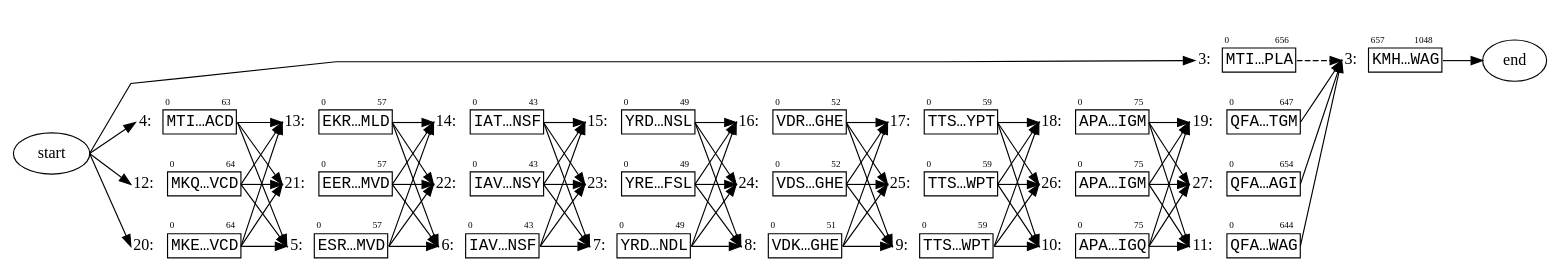
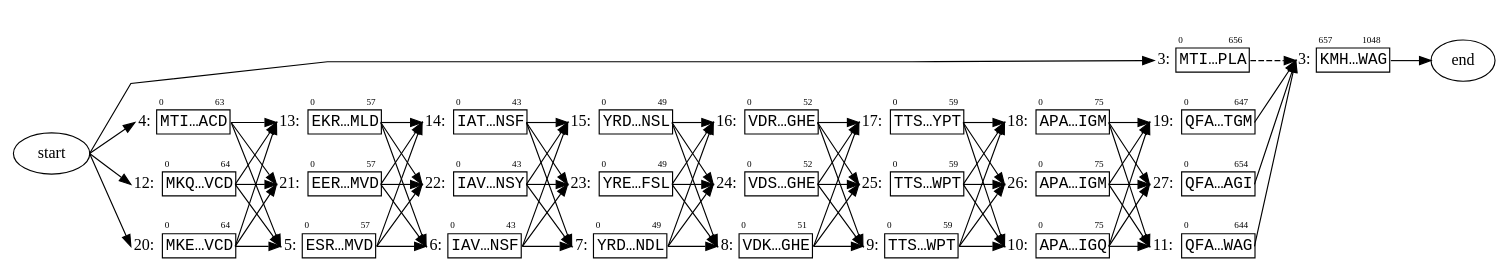
One commit to ginkgobioworks/gen changed the diagram in docs/figures/protein_figure_1.dot. Above: the diagram before and after it, drawn with Graphviz. The commit also changed 11 other files, not shown here.

```diff
--- a/docs/figures/protein_figure_1.dot
+++ b/docs/figures/protein_figure_1.dot
@@ -8,111 +8,111 @@
 			rank=same,
 			style=invis
 		];
-		3.0	[label=<<TABLE BORDER='0' CELLBORDER='1' CELLSPACING='0'><TR><TD BORDER='0'></TD><TD BORDER='0' ALIGN='LEFT'><FONT POINT-SIZE='8'>0</FONT></TD><TD BORDER='0' ALIGN='RIGHT'><FONT POINT-SIZE='8'>656</FONT></TD></TR><TR><TD BORDER='0' PORT='caption'>3:&nbsp;</TD><TD PORT='seq' COLSPAN='2'><FONT FACE='Courier New'>MTI…PLA</FONT></TD></TR></TABLE>>,
+		3.0	[label=<<TABLE BORDER='0' CELLBORDER='1' CELLSPACING='0'><TR><TD BORDER='0'></TD><TD BORDER='0' ALIGN='LEFT'><FONT POINT-SIZE='8'>0</FONT></TD><TD BORDER='0' ALIGN='RIGHT'><FONT POINT-SIZE='8'>656</FONT></TD></TR><TR><TD BORDER='0' PORT='caption' ALIGN='right'>3:</TD><TD PORT='seq' COLSPAN='2'><FONT FACE='Courier New'>MTI…PLA</FONT></TD></TR></TABLE>>,
 			margin=0,
 			shape=none];
-		3.657	[label=<<TABLE BORDER='0' CELLBORDER='1' CELLSPACING='0'><TR><TD BORDER='0'></TD><TD BORDER='0' ALIGN='LEFT'><FONT POINT-SIZE='8'>657</FONT></TD><TD BORDER='0' ALIGN='RIGHT'><FONT POINT-SIZE='8'>1048</FONT></TD></TR><TR><TD BORDER='0' PORT='caption'>3:&nbsp;</TD><TD PORT='seq' COLSPAN='2'><FONT FACE='Courier New'>KMH…WAG</FONT></TD></TR></TABLE>>,
+		3.657	[label=<<TABLE BORDER='0' CELLBORDER='1' CELLSPACING='0'><TR><TD BORDER='0'></TD><TD BORDER='0' ALIGN='LEFT'><FONT POINT-SIZE='8'>657</FONT></TD><TD BORDER='0' ALIGN='RIGHT'><FONT POINT-SIZE='8'>1048</FONT></TD></TR><TR><TD BORDER='0' PORT='caption' ALIGN='right'>3:</TD><TD PORT='seq' COLSPAN='2'><FONT FACE='Courier New'>KMH…WAG</FONT></TD></TR></TABLE>>,
 			margin=0,
 			shape=none];
 	}
 	source	[label=start];
 	source:e -> 3.0:caption:w;
-	4.0	[label=<<TABLE BORDER='0' CELLBORDER='1' CELLSPACING='0'><TR><TD BORDER='0'></TD><TD BORDER='0' ALIGN='LEFT'><FONT POINT-SIZE='8'>0</FONT></TD><TD BORDER='0' ALIGN='RIGHT'><FONT POINT-SIZE='8'>63</FONT></TD></TR><TR><TD BORDER='0' PORT='caption'>4:&nbsp;</TD><TD PORT='seq' COLSPAN='2'><FONT FACE='Courier New'>MTI…ACD</FONT></TD></TR></TABLE>>,
+	4.0	[label=<<TABLE BORDER='0' CELLBORDER='1' CELLSPACING='0'><TR><TD BORDER='0'></TD><TD BORDER='0' ALIGN='LEFT'><FONT POINT-SIZE='8'>0</FONT></TD><TD BORDER='0' ALIGN='RIGHT'><FONT POINT-SIZE='8'>63</FONT></TD></TR><TR><TD BORDER='0' PORT='caption' ALIGN='right'>4:</TD><TD PORT='seq' COLSPAN='2'><FONT FACE='Courier New'>MTI…ACD</FONT></TD></TR></TABLE>>,
 		margin=0,
 		shape=none];
 	source:e -> 4.0:caption:w;
-	12.0	[label=<<TABLE BORDER='0' CELLBORDER='1' CELLSPACING='0'><TR><TD BORDER='0'></TD><TD BORDER='0' ALIGN='LEFT'><FONT POINT-SIZE='8'>0</FONT></TD><TD BORDER='0' ALIGN='RIGHT'><FONT POINT-SIZE='8'>64</FONT></TD></TR><TR><TD BORDER='0' PORT='caption'>12:&nbsp;</TD><TD PORT='seq' COLSPAN='2'><FONT FACE='Courier New'>MKQ…VCD</FONT></TD></TR></TABLE>>,
+	12.0	[label=<<TABLE BORDER='0' CELLBORDER='1' CELLSPACING='0'><TR><TD BORDER='0'></TD><TD BORDER='0' ALIGN='LEFT'><FONT POINT-SIZE='8'>0</FONT></TD><TD BORDER='0' ALIGN='RIGHT'><FONT POINT-SIZE='8'>64</FONT></TD></TR><TR><TD BORDER='0' PORT='caption' ALIGN='right'>12:</TD><TD PORT='seq' COLSPAN='2'><FONT FACE='Courier New'>MKQ…VCD</FONT></TD></TR></TABLE>>,
 		margin=0,
 		shape=none];
 	source:e -> 12.0:caption:w;
-	20.0	[label=<<TABLE BORDER='0' CELLBORDER='1' CELLSPACING='0'><TR><TD BORDER='0'></TD><TD BORDER='0' ALIGN='LEFT'><FONT POINT-SIZE='8'>0</FONT></TD><TD BORDER='0' ALIGN='RIGHT'><FONT POINT-SIZE='8'>64</FONT></TD></TR><TR><TD BORDER='0' PORT='caption'>20:&nbsp;</TD><TD PORT='seq' COLSPAN='2'><FONT FACE='Courier New'>MKE…VCD</FONT></TD></TR></TABLE>>,
+	20.0	[label=<<TABLE BORDER='0' CELLBORDER='1' CELLSPACING='0'><TR><TD BORDER='0'></TD><TD BORDER='0' ALIGN='LEFT'><FONT POINT-SIZE='8'>0</FONT></TD><TD BORDER='0' ALIGN='RIGHT'><FONT POINT-SIZE='8'>64</FONT></TD></TR><TR><TD BORDER='0' PORT='caption' ALIGN='right'>20:</TD><TD PORT='seq' COLSPAN='2'><FONT FACE='Courier New'>MKE…VCD</FONT></TD></TR></TABLE>>,
 		margin=0,
 		shape=none];
 	source:e -> 20.0:caption:w;
 	3.0:seq:e -> 3.657:caption:w	[style=dashed];
 	sink	[label=end];
 	3.657:seq:e -> sink:w;
-	5.0	[label=<<TABLE BORDER='0' CELLBORDER='1' CELLSPACING='0'><TR><TD BORDER='0'></TD><TD BORDER='0' ALIGN='LEFT'><FONT POINT-SIZE='8'>0</FONT></TD><TD BORDER='0' ALIGN='RIGHT'><FONT POINT-SIZE='8'>57</FONT></TD></TR><TR><TD BORDER='0' PORT='caption'>5:&nbsp;</TD><TD PORT='seq' COLSPAN='2'><FONT FACE='Courier New'>ESR…MVD</FONT></TD></TR></TABLE>>,
+	5.0	[label=<<TABLE BORDER='0' CELLBORDER='1' CELLSPACING='0'><TR><TD BORDER='0'></TD><TD BORDER='0' ALIGN='LEFT'><FONT POINT-SIZE='8'>0</FONT></TD><TD BORDER='0' ALIGN='RIGHT'><FONT POINT-SIZE='8'>57</FONT></TD></TR><TR><TD BORDER='0' PORT='caption' ALIGN='right'>5:</TD><TD PORT='seq' COLSPAN='2'><FONT FACE='Courier New'>ESR…MVD</FONT></TD></TR></TABLE>>,
 		margin=0,
 		shape=none];
 	4.0:seq:e -> 5.0:caption:w;
-	13.0	[label=<<TABLE BORDER='0' CELLBORDER='1' CELLSPACING='0'><TR><TD BORDER='0'></TD><TD BORDER='0' ALIGN='LEFT'><FONT POINT-SIZE='8'>0</FONT></TD><TD BORDER='0' ALIGN='RIGHT'><FONT POINT-SIZE='8'>57</FONT></TD></TR><TR><TD BORDER='0' PORT='caption'>13:&nbsp;</TD><TD PORT='seq' COLSPAN='2'><FONT FACE='Courier New'>EKR…MLD</FONT></TD></TR></TABLE>>,
+	13.0	[label=<<TABLE BORDER='0' CELLBORDER='1' CELLSPACING='0'><TR><TD BORDER='0'></TD><TD BORDER='0' ALIGN='LEFT'><FONT POINT-SIZE='8'>0</FONT></TD><TD BORDER='0' ALIGN='RIGHT'><FONT POINT-SIZE='8'>57</FONT></TD></TR><TR><TD BORDER='0' PORT='caption' ALIGN='right'>13:</TD><TD PORT='seq' COLSPAN='2'><FONT FACE='Courier New'>EKR…MLD</FONT></TD></TR></TABLE>>,
 		margin=0,
 		shape=none];
 	4.0:seq:e -> 13.0:caption:w;
-	21.0	[label=<<TABLE BORDER='0' CELLBORDER='1' CELLSPACING='0'><TR><TD BORDER='0'></TD><TD BORDER='0' ALIGN='LEFT'><FONT POINT-SIZE='8'>0</FONT></TD><TD BORDER='0' ALIGN='RIGHT'><FONT POINT-SIZE='8'>57</FONT></TD></TR><TR><TD BORDER='0' PORT='caption'>21:&nbsp;</TD><TD PORT='seq' COLSPAN='2'><FONT FACE='Courier New'>EER…MVD</FONT></TD></TR></TABLE>>,
+	21.0	[label=<<TABLE BORDER='0' CELLBORDER='1' CELLSPACING='0'><TR><TD BORDER='0'></TD><TD BORDER='0' ALIGN='LEFT'><FONT POINT-SIZE='8'>0</FONT></TD><TD BORDER='0' ALIGN='RIGHT'><FONT POINT-SIZE='8'>57</FONT></TD></TR><TR><TD BORDER='0' PORT='caption' ALIGN='right'>21:</TD><TD PORT='seq' COLSPAN='2'><FONT FACE='Courier New'>EER…MVD</FONT></TD></TR></TABLE>>,
 		margin=0,
 		shape=none];
 	4.0:seq:e -> 21.0:caption:w;
-	6.0	[label=<<TABLE BORDER='0' CELLBORDER='1' CELLSPACING='0'><TR><TD BORDER='0'></TD><TD BORDER='0' ALIGN='LEFT'><FONT POINT-SIZE='8'>0</FONT></TD><TD BORDER='0' ALIGN='RIGHT'><FONT POINT-SIZE='8'>43</FONT></TD></TR><TR><TD BORDER='0' PORT='caption'>6:&nbsp;</TD><TD PORT='seq' COLSPAN='2'><FONT FACE='Courier New'>IAV…NSF</FONT></TD></TR></TABLE>>,
+	6.0	[label=<<TABLE BORDER='0' CELLBORDER='1' CELLSPACING='0'><TR><TD BORDER='0'></TD><TD BORDER='0' ALIGN='LEFT'><FONT POINT-SIZE='8'>0</FONT></TD><TD BORDER='0' ALIGN='RIGHT'><FONT POINT-SIZE='8'>43</FONT></TD></TR><TR><TD BORDER='0' PORT='caption' ALIGN='right'>6:</TD><TD PORT='seq' COLSPAN='2'><FONT FACE='Courier New'>IAV…NSF</FONT></TD></TR></TABLE>>,
 		margin=0,
 		shape=none];
 	5.0:seq:e -> 6.0:caption:w;
-	14.0	[label=<<TABLE BORDER='0' CELLBORDER='1' CELLSPACING='0'><TR><TD BORDER='0'></TD><TD BORDER='0' ALIGN='LEFT'><FONT POINT-SIZE='8'>0</FONT></TD><TD BORDER='0' ALIGN='RIGHT'><FONT POINT-SIZE='8'>43</FONT></TD></TR><TR><TD BORDER='0' PORT='caption'>14:&nbsp;</TD><TD PORT='seq' COLSPAN='2'><FONT FACE='Courier New'>IAT…NSF</FONT></TD></TR></TABLE>>,
+	14.0	[label=<<TABLE BORDER='0' CELLBORDER='1' CELLSPACING='0'><TR><TD BORDER='0'></TD><TD BORDER='0' ALIGN='LEFT'><FONT POINT-SIZE='8'>0</FONT></TD><TD BORDER='0' ALIGN='RIGHT'><FONT POINT-SIZE='8'>43</FONT></TD></TR><TR><TD BORDER='0' PORT='caption' ALIGN='right'>14:</TD><TD PORT='seq' COLSPAN='2'><FONT FACE='Courier New'>IAT…NSF</FONT></TD></TR></TABLE>>,
 		margin=0,
 		shape=none];
 	5.0:seq:e -> 14.0:caption:w;
-	22.0	[label=<<TABLE BORDER='0' CELLBORDER='1' CELLSPACING='0'><TR><TD BORDER='0'></TD><TD BORDER='0' ALIGN='LEFT'><FONT POINT-SIZE='8'>0</FONT></TD><TD BORDER='0' ALIGN='RIGHT'><FONT POINT-SIZE='8'>43</FONT></TD></TR><TR><TD BORDER='0' PORT='caption'>22:&nbsp;</TD><TD PORT='seq' COLSPAN='2'><FONT FACE='Courier New'>IAV…NSY</FONT></TD></TR></TABLE>>,
+	22.0	[label=<<TABLE BORDER='0' CELLBORDER='1' CELLSPACING='0'><TR><TD BORDER='0'></TD><TD BORDER='0' ALIGN='LEFT'><FONT POINT-SIZE='8'>0</FONT></TD><TD BORDER='0' ALIGN='RIGHT'><FONT POINT-SIZE='8'>43</FONT></TD></TR><TR><TD BORDER='0' PORT='caption' ALIGN='right'>22:</TD><TD PORT='seq' COLSPAN='2'><FONT FACE='Courier New'>IAV…NSY</FONT></TD></TR></TABLE>>,
 		margin=0,
 		shape=none];
 	5.0:seq:e -> 22.0:caption:w;
-	7.0	[label=<<TABLE BORDER='0' CELLBORDER='1' CELLSPACING='0'><TR><TD BORDER='0'></TD><TD BORDER='0' ALIGN='LEFT'><FONT POINT-SIZE='8'>0</FONT></TD><TD BORDER='0' ALIGN='RIGHT'><FONT POINT-SIZE='8'>49</FONT></TD></TR><TR><TD BORDER='0' PORT='caption'>7:&nbsp;</TD><TD PORT='seq' COLSPAN='2'><FONT FACE='Courier New'>YRD…NDL</FONT></TD></TR></TABLE>>,
+	7.0	[label=<<TABLE BORDER='0' CELLBORDER='1' CELLSPACING='0'><TR><TD BORDER='0'></TD><TD BORDER='0' ALIGN='LEFT'><FONT POINT-SIZE='8'>0</FONT></TD><TD BORDER='0' ALIGN='RIGHT'><FONT POINT-SIZE='8'>49</FONT></TD></TR><TR><TD BORDER='0' PORT='caption' ALIGN='right'>7:</TD><TD PORT='seq' COLSPAN='2'><FONT FACE='Courier New'>YRD…NDL</FONT></TD></TR></TABLE>>,
 		margin=0,
 		shape=none];
 	6.0:seq:e -> 7.0:caption:w;
-	15.0	[label=<<TABLE BORDER='0' CELLBORDER='1' CELLSPACING='0'><TR><TD BORDER='0'></TD><TD BORDER='0' ALIGN='LEFT'><FONT POINT-SIZE='8'>0</FONT></TD><TD BORDER='0' ALIGN='RIGHT'><FONT POINT-SIZE='8'>49</FONT></TD></TR><TR><TD BORDER='0' PORT='caption'>15:&nbsp;</TD><TD PORT='seq' COLSPAN='2'><FONT FACE='Courier New'>YRD…NSL</FONT></TD></TR></TABLE>>,
+	15.0	[label=<<TABLE BORDER='0' CELLBORDER='1' CELLSPACING='0'><TR><TD BORDER='0'></TD><TD BORDER='0' ALIGN='LEFT'><FONT POINT-SIZE='8'>0</FONT></TD><TD BORDER='0' ALIGN='RIGHT'><FONT POINT-SIZE='8'>49</FONT></TD></TR><TR><TD BORDER='0' PORT='caption' ALIGN='right'>15:</TD><TD PORT='seq' COLSPAN='2'><FONT FACE='Courier New'>YRD…NSL</FONT></TD></TR></TABLE>>,
 		margin=0,
 		shape=none];
 	6.0:seq:e -> 15.0:caption:w;
-	23.0	[label=<<TABLE BORDER='0' CELLBORDER='1' CELLSPACING='0'><TR><TD BORDER='0'></TD><TD BORDER='0' ALIGN='LEFT'><FONT POINT-SIZE='8'>0</FONT></TD><TD BORDER='0' ALIGN='RIGHT'><FONT POINT-SIZE='8'>49</FONT></TD></TR><TR><TD BORDER='0' PORT='caption'>23:&nbsp;</TD><TD PORT='seq' COLSPAN='2'><FONT FACE='Courier New'>YRE…FSL</FONT></TD></TR></TABLE>>,
+	23.0	[label=<<TABLE BORDER='0' CELLBORDER='1' CELLSPACING='0'><TR><TD BORDER='0'></TD><TD BORDER='0' ALIGN='LEFT'><FONT POINT-SIZE='8'>0</FONT></TD><TD BORDER='0' ALIGN='RIGHT'><FONT POINT-SIZE='8'>49</FONT></TD></TR><TR><TD BORDER='0' PORT='caption' ALIGN='right'>23:</TD><TD PORT='seq' COLSPAN='2'><FONT FACE='Courier New'>YRE…FSL</FONT></TD></TR></TABLE>>,
 		margin=0,
 		shape=none];
 	6.0:seq:e -> 23.0:caption:w;
-	8.0	[label=<<TABLE BORDER='0' CELLBORDER='1' CELLSPACING='0'><TR><TD BORDER='0'></TD><TD BORDER='0' ALIGN='LEFT'><FONT POINT-SIZE='8'>0</FONT></TD><TD BORDER='0' ALIGN='RIGHT'><FONT POINT-SIZE='8'>51</FONT></TD></TR><TR><TD BORDER='0' PORT='caption'>8:&nbsp;</TD><TD PORT='seq' COLSPAN='2'><FONT FACE='Courier New'>VDK…GHE</FONT></TD></TR></TABLE>>,
+	8.0	[label=<<TABLE BORDER='0' CELLBORDER='1' CELLSPACING='0'><TR><TD BORDER='0'></TD><TD BORDER='0' ALIGN='LEFT'><FONT POINT-SIZE='8'>0</FONT></TD><TD BORDER='0' ALIGN='RIGHT'><FONT POINT-SIZE='8'>51</FONT></TD></TR><TR><TD BORDER='0' PORT='caption' ALIGN='right'>8:</TD><TD PORT='seq' COLSPAN='2'><FONT FACE='Courier New'>VDK…GHE</FONT></TD></TR></TABLE>>,
 		margin=0,
 		shape=none];
 	7.0:seq:e -> 8.0:caption:w;
-	16.0	[label=<<TABLE BORDER='0' CELLBORDER='1' CELLSPACING='0'><TR><TD BORDER='0'></TD><TD BORDER='0' ALIGN='LEFT'><FONT POINT-SIZE='8'>0</FONT></TD><TD BORDER='0' ALIGN='RIGHT'><FONT POINT-SIZE='8'>52</FONT></TD></TR><TR><TD BORDER='0' PORT='caption'>16:&nbsp;</TD><TD PORT='seq' COLSPAN='2'><FONT FACE='Courier New'>VDR…GHE</FONT></TD></TR></TABLE>>,
+	16.0	[label=<<TABLE BORDER='0' CELLBORDER='1' CELLSPACING='0'><TR><TD BORDER='0'></TD><TD BORDER='0' ALIGN='LEFT'><FONT POINT-SIZE='8'>0</FONT></TD><TD BORDER='0' ALIGN='RIGHT'><FONT POINT-SIZE='8'>52</FONT></TD></TR><TR><TD BORDER='0' PORT='caption' ALIGN='right'>16:</TD><TD PORT='seq' COLSPAN='2'><FONT FACE='Courier New'>VDR…GHE</FONT></TD></TR></TABLE>>,
 		margin=0,
 		shape=none];
 	7.0:seq:e -> 16.0:caption:w;
-	24.0	[label=<<TABLE BORDER='0' CELLBORDER='1' CELLSPACING='0'><TR><TD BORDER='0'></TD><TD BORDER='0' ALIGN='LEFT'><FONT POINT-SIZE='8'>0</FONT></TD><TD BORDER='0' ALIGN='RIGHT'><FONT POINT-SIZE='8'>52</FONT></TD></TR><TR><TD BORDER='0' PORT='caption'>24:&nbsp;</TD><TD PORT='seq' COLSPAN='2'><FONT FACE='Courier New'>VDS…GHE</FONT></TD></TR></TABLE>>,
+	24.0	[label=<<TABLE BORDER='0' CELLBORDER='1' CELLSPACING='0'><TR><TD BORDER='0'></TD><TD BORDER='0' ALIGN='LEFT'><FONT POINT-SIZE='8'>0</FONT></TD><TD BORDER='0' ALIGN='RIGHT'><FONT POINT-SIZE='8'>52</FONT></TD></TR><TR><TD BORDER='0' PORT='caption' ALIGN='right'>24:</TD><TD PORT='seq' COLSPAN='2'><FONT FACE='Courier New'>VDS…GHE</FONT></TD></TR></TABLE>>,
 		margin=0,
 		shape=none];
 	7.0:seq:e -> 24.0:caption:w;
-	9.0	[label=<<TABLE BORDER='0' CELLBORDER='1' CELLSPACING='0'><TR><TD BORDER='0'></TD><TD BORDER='0' ALIGN='LEFT'><FONT POINT-SIZE='8'>0</FONT></TD><TD BORDER='0' ALIGN='RIGHT'><FONT POINT-SIZE='8'>59</FONT></TD></TR><TR><TD BORDER='0' PORT='caption'>9:&nbsp;</TD><TD PORT='seq' COLSPAN='2'><FONT FACE='Courier New'>TTS…WPT</FONT></TD></TR></TABLE>>,
+	9.0	[label=<<TABLE BORDER='0' CELLBORDER='1' CELLSPACING='0'><TR><TD BORDER='0'></TD><TD BORDER='0' ALIGN='LEFT'><FONT POINT-SIZE='8'>0</FONT></TD><TD BORDER='0' ALIGN='RIGHT'><FONT POINT-SIZE='8'>59</FONT></TD></TR><TR><TD BORDER='0' PORT='caption' ALIGN='right'>9:</TD><TD PORT='seq' COLSPAN='2'><FONT FACE='Courier New'>TTS…WPT</FONT></TD></TR></TABLE>>,
 		margin=0,
 		shape=none];
 	8.0:seq:e -> 9.0:caption:w;
-	17.0	[label=<<TABLE BORDER='0' CELLBORDER='1' CELLSPACING='0'><TR><TD BORDER='0'></TD><TD BORDER='0' ALIGN='LEFT'><FONT POINT-SIZE='8'>0</FONT></TD><TD BORDER='0' ALIGN='RIGHT'><FONT POINT-SIZE='8'>59</FONT></TD></TR><TR><TD BORDER='0' PORT='caption'>17:&nbsp;</TD><TD PORT='seq' COLSPAN='2'><FONT FACE='Courier New'>TTS…YPT</FONT></TD></TR></TABLE>>,
+	17.0	[label=<<TABLE BORDER='0' CELLBORDER='1' CELLSPACING='0'><TR><TD BORDER='0'></TD><TD BORDER='0' ALIGN='LEFT'><FONT POINT-SIZE='8'>0</FONT></TD><TD BORDER='0' ALIGN='RIGHT'><FONT POINT-SIZE='8'>59</FONT></TD></TR><TR><TD BORDER='0' PORT='caption' ALIGN='right'>17:</TD><TD PORT='seq' COLSPAN='2'><FONT FACE='Courier New'>TTS…YPT</FONT></TD></TR></TABLE>>,
 		margin=0,
 		shape=none];
 	8.0:seq:e -> 17.0:caption:w;
-	25.0	[label=<<TABLE BORDER='0' CELLBORDER='1' CELLSPACING='0'><TR><TD BORDER='0'></TD><TD BORDER='0' ALIGN='LEFT'><FONT POINT-SIZE='8'>0</FONT></TD><TD BORDER='0' ALIGN='RIGHT'><FONT POINT-SIZE='8'>59</FONT></TD></TR><TR><TD BORDER='0' PORT='caption'>25:&nbsp;</TD><TD PORT='seq' COLSPAN='2'><FONT FACE='Courier New'>TTS…WPT</FONT></TD></TR></TABLE>>,
+	25.0	[label=<<TABLE BORDER='0' CELLBORDER='1' CELLSPACING='0'><TR><TD BORDER='0'></TD><TD BORDER='0' ALIGN='LEFT'><FONT POINT-SIZE='8'>0</FONT></TD><TD BORDER='0' ALIGN='RIGHT'><FONT POINT-SIZE='8'>59</FONT></TD></TR><TR><TD BORDER='0' PORT='caption' ALIGN='right'>25:</TD><TD PORT='seq' COLSPAN='2'><FONT FACE='Courier New'>TTS…WPT</FONT></TD></TR></TABLE>>,
 		margin=0,
 		shape=none];
 	8.0:seq:e -> 25.0:caption:w;
-	10.0	[label=<<TABLE BORDER='0' CELLBORDER='1' CELLSPACING='0'><TR><TD BORDER='0'></TD><TD BORDER='0' ALIGN='LEFT'><FONT POINT-SIZE='8'>0</FONT></TD><TD BORDER='0' ALIGN='RIGHT'><FONT POINT-SIZE='8'>75</FONT></TD></TR><TR><TD BORDER='0' PORT='caption'>10:&nbsp;</TD><TD PORT='seq' COLSPAN='2'><FONT FACE='Courier New'>APA…IGQ</FONT></TD></TR></TABLE>>,
+	10.0	[label=<<TABLE BORDER='0' CELLBORDER='1' CELLSPACING='0'><TR><TD BORDER='0'></TD><TD BORDER='0' ALIGN='LEFT'><FONT POINT-SIZE='8'>0</FONT></TD><TD BORDER='0' ALIGN='RIGHT'><FONT POINT-SIZE='8'>75</FONT></TD></TR><TR><TD BORDER='0' PORT='caption' ALIGN='right'>10:</TD><TD PORT='seq' COLSPAN='2'><FONT FACE='Courier New'>APA…IGQ</FONT></TD></TR></TABLE>>,
 		margin=0,
 		shape=none];
 	9.0:seq:e -> 10.0:caption:w;
-	18.0	[label=<<TABLE BORDER='0' CELLBORDER='1' CELLSPACING='0'><TR><TD BORDER='0'></TD><TD BORDER='0' ALIGN='LEFT'><FONT POINT-SIZE='8'>0</FONT></TD><TD BORDER='0' ALIGN='RIGHT'><FONT POINT-SIZE='8'>75</FONT></TD></TR><TR><TD BORDER='0' PORT='caption'>18:&nbsp;</TD><TD PORT='seq' COLSPAN='2'><FONT FACE='Courier New'>APA…IGM</FONT></TD></TR></TABLE>>,
+	18.0	[label=<<TABLE BORDER='0' CELLBORDER='1' CELLSPACING='0'><TR><TD BORDER='0'></TD><TD BORDER='0' ALIGN='LEFT'><FONT POINT-SIZE='8'>0</FONT></TD><TD BORDER='0' ALIGN='RIGHT'><FONT POINT-SIZE='8'>75</FONT></TD></TR><TR><TD BORDER='0' PORT='caption' ALIGN='right'>18:</TD><TD PORT='seq' COLSPAN='2'><FONT FACE='Courier New'>APA…IGM</FONT></TD></TR></TABLE>>,
 		margin=0,
 		shape=none];
 	9.0:seq:e -> 18.0:caption:w;
-	26.0	[label=<<TABLE BORDER='0' CELLBORDER='1' CELLSPACING='0'><TR><TD BORDER='0'></TD><TD BORDER='0' ALIGN='LEFT'><FONT POINT-SIZE='8'>0</FONT></TD><TD BORDER='0' ALIGN='RIGHT'><FONT POINT-SIZE='8'>75</FONT></TD></TR><TR><TD BORDER='0' PORT='caption'>26:&nbsp;</TD><TD PORT='seq' COLSPAN='2'><FONT FACE='Courier New'>APA…IGM</FONT></TD></TR></TABLE>>,
+	26.0	[label=<<TABLE BORDER='0' CELLBORDER='1' CELLSPACING='0'><TR><TD BORDER='0'></TD><TD BORDER='0' ALIGN='LEFT'><FONT POINT-SIZE='8'>0</FONT></TD><TD BORDER='0' ALIGN='RIGHT'><FONT POINT-SIZE='8'>75</FONT></TD></TR><TR><TD BORDER='0' PORT='caption' ALIGN='right'>26:</TD><TD PORT='seq' COLSPAN='2'><FONT FACE='Courier New'>APA…IGM</FONT></TD></TR></TABLE>>,
 		margin=0,
 		shape=none];
 	9.0:seq:e -> 26.0:caption:w;
-	11.0	[label=<<TABLE BORDER='0' CELLBORDER='1' CELLSPACING='0'><TR><TD BORDER='0'></TD><TD BORDER='0' ALIGN='LEFT'><FONT POINT-SIZE='8'>0</FONT></TD><TD BORDER='0' ALIGN='RIGHT'><FONT POINT-SIZE='8'>644</FONT></TD></TR><TR><TD BORDER='0' PORT='caption'>11:&nbsp;</TD><TD PORT='seq' COLSPAN='2'><FONT FACE='Courier New'>QFA…WAG</FONT></TD></TR></TABLE>>,
+	11.0	[label=<<TABLE BORDER='0' CELLBORDER='1' CELLSPACING='0'><TR><TD BORDER='0'></TD><TD BORDER='0' ALIGN='LEFT'><FONT POINT-SIZE='8'>0</FONT></TD><TD BORDER='0' ALIGN='RIGHT'><FONT POINT-SIZE='8'>644</FONT></TD></TR><TR><TD BORDER='0' PORT='caption' ALIGN='right'>11:</TD><TD PORT='seq' COLSPAN='2'><FONT FACE='Courier New'>QFA…WAG</FONT></TD></TR></TABLE>>,
 		margin=0,
 		shape=none];
 	10.0:seq:e -> 11.0:caption:w;
-	19.0	[label=<<TABLE BORDER='0' CELLBORDER='1' CELLSPACING='0'><TR><TD BORDER='0'></TD><TD BORDER='0' ALIGN='LEFT'><FONT POINT-SIZE='8'>0</FONT></TD><TD BORDER='0' ALIGN='RIGHT'><FONT POINT-SIZE='8'>647</FONT></TD></TR><TR><TD BORDER='0' PORT='caption'>19:&nbsp;</TD><TD PORT='seq' COLSPAN='2'><FONT FACE='Courier New'>QFA…TGM</FONT></TD></TR></TABLE>>,
+	19.0	[label=<<TABLE BORDER='0' CELLBORDER='1' CELLSPACING='0'><TR><TD BORDER='0'></TD><TD BORDER='0' ALIGN='LEFT'><FONT POINT-SIZE='8'>0</FONT></TD><TD BORDER='0' ALIGN='RIGHT'><FONT POINT-SIZE='8'>647</FONT></TD></TR><TR><TD BORDER='0' PORT='caption' ALIGN='right'>19:</TD><TD PORT='seq' COLSPAN='2'><FONT FACE='Courier New'>QFA…TGM</FONT></TD></TR></TABLE>>,
 		margin=0,
 		shape=none];
 	10.0:seq:e -> 19.0:caption:w;
-	27.0	[label=<<TABLE BORDER='0' CELLBORDER='1' CELLSPACING='0'><TR><TD BORDER='0'></TD><TD BORDER='0' ALIGN='LEFT'><FONT POINT-SIZE='8'>0</FONT></TD><TD BORDER='0' ALIGN='RIGHT'><FONT POINT-SIZE='8'>654</FONT></TD></TR><TR><TD BORDER='0' PORT='caption'>27:&nbsp;</TD><TD PORT='seq' COLSPAN='2'><FONT FACE='Courier New'>QFA…AGI</FONT></TD></TR></TABLE>>,
+	27.0	[label=<<TABLE BORDER='0' CELLBORDER='1' CELLSPACING='0'><TR><TD BORDER='0'></TD><TD BORDER='0' ALIGN='LEFT'><FONT POINT-SIZE='8'>0</FONT></TD><TD BORDER='0' ALIGN='RIGHT'><FONT POINT-SIZE='8'>654</FONT></TD></TR><TR><TD BORDER='0' PORT='caption' ALIGN='right'>27:</TD><TD PORT='seq' COLSPAN='2'><FONT FACE='Courier New'>QFA…AGI</FONT></TD></TR></TABLE>>,
 		margin=0,
 		shape=none];
 	10.0:seq:e -> 27.0:caption:w;
```
